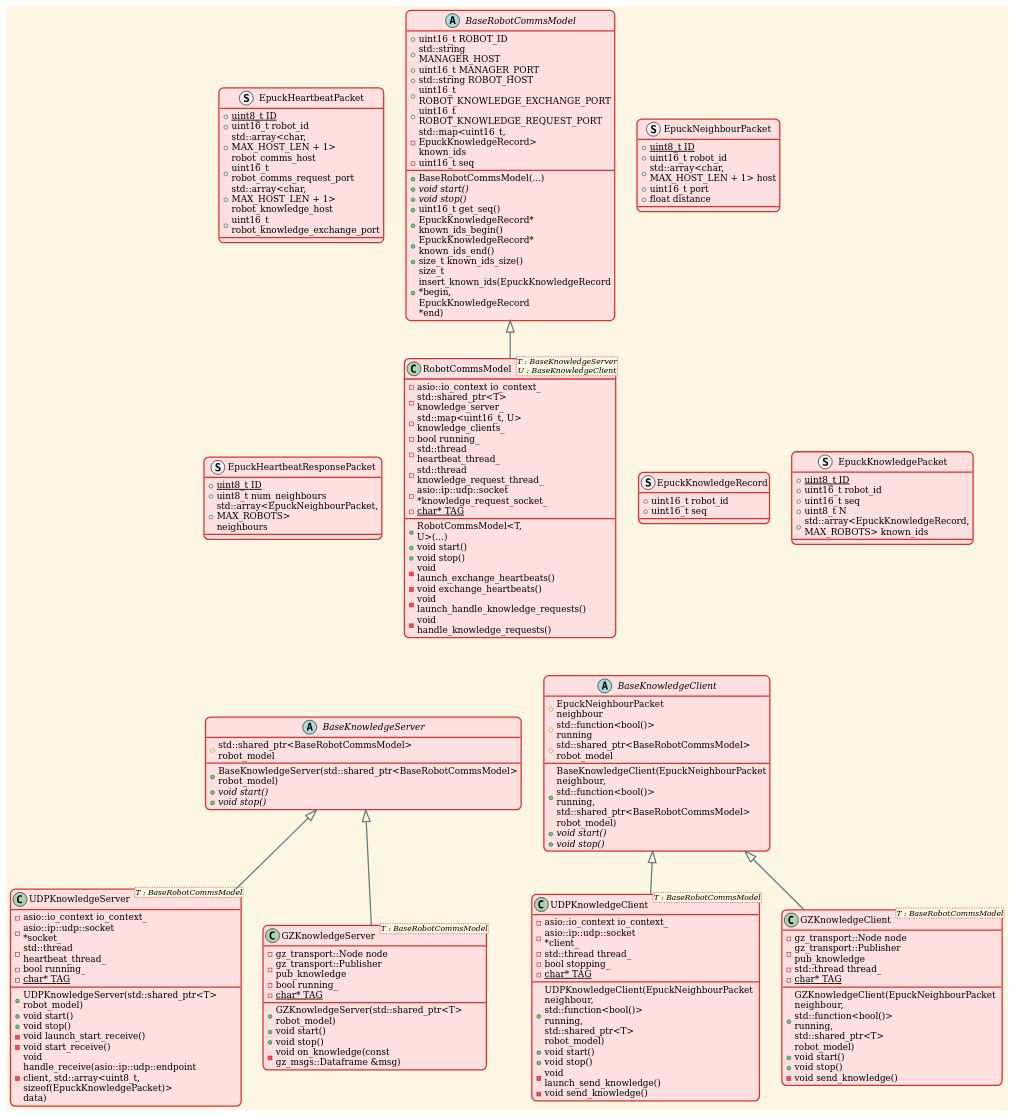
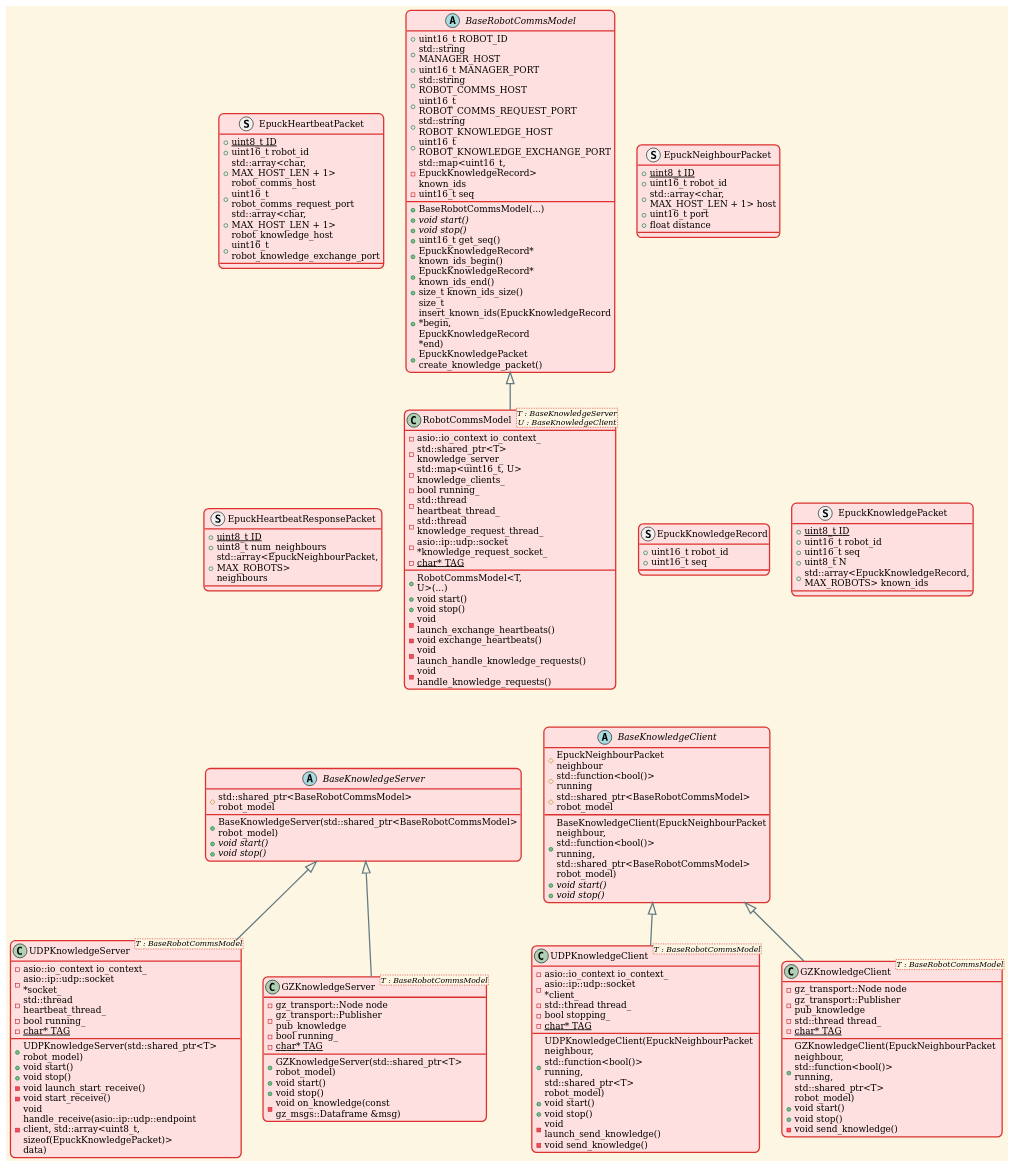
Before and after one commit to eshjordan/lazy_agent_sim: the diagram in ros_gz_lazy_agent_sim_applications/agent_local_comms_server/doc/comms_class.puml, drawn with PlantUML. The commit also changed 1 other file, not shown here.

Commit message:
Updated class diagram to reflect implementation changes

```diff
--- a/ros_gz_lazy_agent_sim_applications/agent_local_comms_server/doc/comms_class.puml
+++ b/ros_gz_lazy_agent_sim_applications/agent_local_comms_server/doc/comms_class.puml
@@ -1,164 +1,166 @@
 @startuml
 
 !theme sunlust
 
 abstract class BaseKnowledgeServer {
   + BaseKnowledgeServer(std::shared_ptr<BaseRobotCommsModel> robot_model)
   + {abstract} void start()
   + {abstract} void stop()
   # std::shared_ptr<BaseRobotCommsModel> robot_model
 }
 
 abstract class BaseKnowledgeClient {
   + BaseKnowledgeClient(EpuckNeighbourPacket neighbour, std::function<bool()> running, std::shared_ptr<BaseRobotCommsModel> robot_model)
   + {abstract} void start()
   + {abstract} void stop()
   # EpuckNeighbourPacket neighbour
   # {field} std::function<bool()> running
   # std::shared_ptr<BaseRobotCommsModel> robot_model
 }
 
 abstract class BaseRobotCommsModel {
   + uint16_t ROBOT_ID
   + std::string MANAGER_HOST
   + uint16_t MANAGER_PORT
-  + std::string ROBOT_HOST
+  + std::string ROBOT_COMMS_HOST
+  + uint16_t ROBOT_COMMS_REQUEST_PORT
+  + std::string ROBOT_KNOWLEDGE_HOST
   + uint16_t ROBOT_KNOWLEDGE_EXCHANGE_PORT
-  + uint16_t ROBOT_KNOWLEDGE_REQUEST_PORT
   - std::map<uint16_t, EpuckKnowledgeRecord> known_ids
   - uint16_t seq
 
   + BaseRobotCommsModel(...)
   + {abstract} void start()
   + {abstract} void stop()
   + uint16_t get_seq()
   + EpuckKnowledgeRecord* known_ids_begin()
   + EpuckKnowledgeRecord* known_ids_end()
   + size_t known_ids_size()
   + size_t insert_known_ids(EpuckKnowledgeRecord *begin, EpuckKnowledgeRecord *end)
+  + EpuckKnowledgePacket create_knowledge_packet()
 }
 
 
 struct EpuckHeartbeatPacket {
   +{static} uint8_t ID
   +uint16_t robot_id
   +std::array<char, MAX_HOST_LEN + 1> robot_comms_host
   +uint16_t robot_comms_request_port
   +std::array<char, MAX_HOST_LEN + 1> robot_knowledge_host
   +uint16_t robot_knowledge_exchange_port
 }
 
 struct EpuckNeighbourPacket {
   +{static} uint8_t ID
   +uint16_t robot_id
   +std::array<char, MAX_HOST_LEN + 1> host
   +uint16_t port
   +float distance
 }
 
 struct EpuckHeartbeatResponsePacket {
   +{static} uint8_t ID
   +uint8_t num_neighbours
   +std::array<EpuckNeighbourPacket, MAX_ROBOTS> neighbours
 }
 
 struct EpuckKnowledgeRecord {
   +uint16_t robot_id
   +uint16_t seq
 }
 
 struct EpuckKnowledgePacket {
   +{static} uint8_t ID
   +uint16_t robot_id
   +uint16_t seq
   +uint8_t N
   +std::array<EpuckKnowledgeRecord, MAX_ROBOTS> known_ids
 }
 
 
 class RobotCommsModel <T : BaseKnowledgeServer\nU : BaseKnowledgeClient> {
   + RobotCommsModel<T, U>(...)
   + void start()
   + void stop()
   - void launch_exchange_heartbeats()
   - void exchange_heartbeats()
   - void launch_handle_knowledge_requests()
   - void handle_knowledge_requests()
   - asio::io_context io_context_
   - std::shared_ptr<T> knowledge_server_
   - std::map<uint16_t, U> knowledge_clients_
   - bool running_
   - std::thread heartbeat_thread_
   - std::thread knowledge_request_thread_
   - asio::ip::udp::socket *knowledge_request_socket_
   - {static} char* TAG
 }
 
 
 class UDPKnowledgeServer <T : BaseRobotCommsModel> {
   + UDPKnowledgeServer(std::shared_ptr<T> robot_model)
   + void start()
   + void stop()
   - void launch_start_receive()
   - void start_receive()
   - void handle_receive(asio::ip::udp::endpoint client, std::array<uint8_t, sizeof(EpuckKnowledgePacket)> data)
   - asio::io_context io_context_
   - asio::ip::udp::socket *socket_
   - std::thread heartbeat_thread_
   - bool running_
   - {static} char* TAG
 }
 
 class UDPKnowledgeClient <T : BaseRobotCommsModel> {
   + UDPKnowledgeClient(EpuckNeighbourPacket neighbour, std::function<bool()> running, std::shared_ptr<T> robot_model)
   + void start()
   + void stop()
   - void launch_send_knowledge()
   - void send_knowledge()
   - asio::io_context io_context_
   - asio::ip::udp::socket *client_
   - std::thread thread_
   - bool stopping_
   - {static} char* TAG
 }
 
 
 class GZKnowledgeServer <T : BaseRobotCommsModel> {
   + GZKnowledgeServer(std::shared_ptr<T> robot_model)
   + void start()
   + void stop()
   - void on_knowledge(const gz_msgs::Dataframe &msg)
   - gz_transport::Node node
   - gz_transport::Publisher pub_knowledge
   - bool running_
   - {static} char* TAG
 }
 
 class GZKnowledgeClient <T : BaseRobotCommsModel> {
   + GZKnowledgeClient(EpuckNeighbourPacket neighbour, std::function<bool()> running, std::shared_ptr<T> robot_model)
   + void start()
   + void stop()
   - void send_knowledge()
   - gz_transport::Node node
   - gz_transport::Publisher pub_knowledge
   - std::thread thread_
   - {static} char* TAG
 }
 
 
 BaseRobotCommsModel <|-- RobotCommsModel
 BaseKnowledgeServer <|-- UDPKnowledgeServer
 BaseKnowledgeClient <|-- UDPKnowledgeClient
 BaseKnowledgeServer <|-- GZKnowledgeServer
 BaseKnowledgeClient <|-- GZKnowledgeClient
 
 RobotCommsModel <|-[hidden]- BaseKnowledgeServer
 RobotCommsModel <|-[hidden]- BaseKnowledgeClient
 
 BaseRobotCommsModel -[hidden]left-> EpuckHeartbeatPacket
 RobotCommsModel -[hidden]left-> EpuckHeartbeatResponsePacket
 BaseRobotCommsModel -[hidden]right-> EpuckNeighbourPacket
 RobotCommsModel -[hidden]right-> EpuckKnowledgePacket
 RobotCommsModel -[hidden]right-> EpuckKnowledgeRecord
 
 @enduml
```
